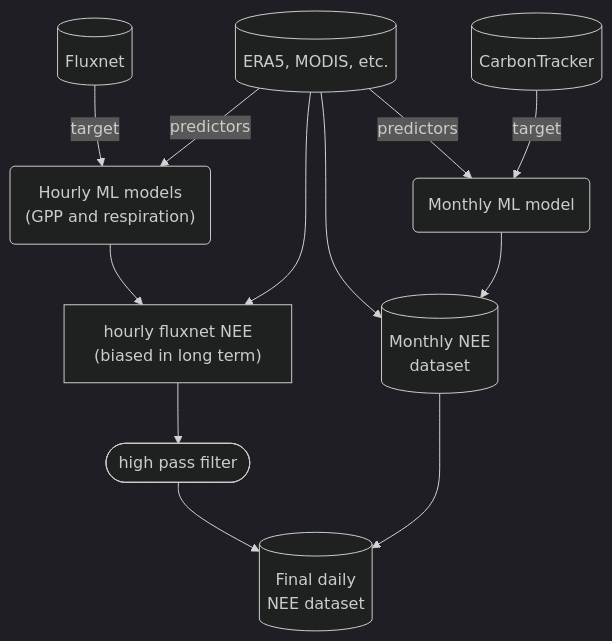
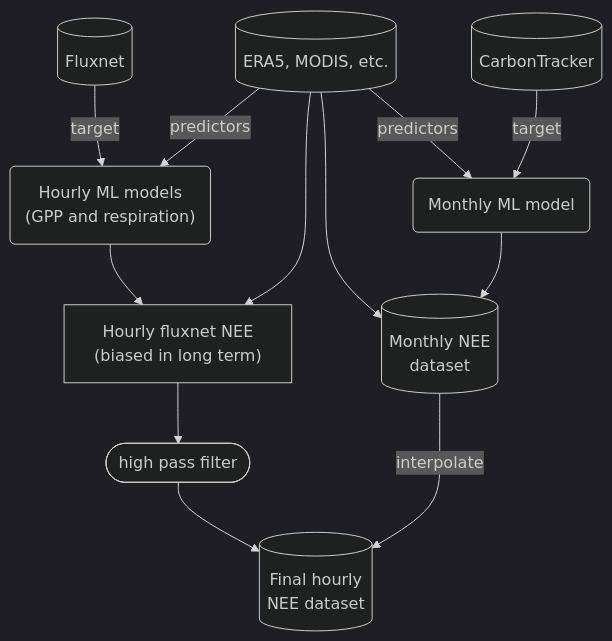
The diagram in docs/index.md (EXCITED-CO2/excited-workflow), drawn with Mermaid (dark theme) before and after one commit. The commit also changed 1 other file, not shown here.

Commit message:
Correct the flowchart, only include it on docs

````diff
--- a/docs/index.md
+++ b/docs/index.md
@@ -12,23 +12,23 @@
 ```mermaid
 graph TD;
     monthlymodel(Monthly ML model);
     input[(ERA5, MODIS, etc.)];
     fluxnet[(Fluxnet)];
     carbontracker[(CarbonTracker)];
-    dailydataset["hourly fluxnet NEE\n(biased in long term)"];
+    hourlydataset["Hourly fluxnet NEE\n(biased in long term)"];
     hourlymodel("Hourly ML models\n(GPP and respiration)");
     monthlydataset[(Monthly NEE\ndataset)];
-    finaldataset[(Final daily\nNEE dataset)];
+    finaldataset[(Final hourly\nNEE dataset)];
 
     fluxnet-->|target| hourlymodel;
     input-->|predictors| hourlymodel;
     input-->|predictors| monthlymodel;
     carbontracker-->|target| monthlymodel;
-    hourlymodel-->dailydataset;
+    hourlymodel-->hourlydataset;
     input-->monthlydataset;
     monthlymodel-->monthlydataset;
-    dailydataset-->hpf([high pass filter]);
+    hourlydataset-->hpf([high pass filter]);
     hpf-->finaldataset;
-    monthlydataset-->finaldataset;
-    input-->dailydataset;
+    monthlydataset-->|interpolate| finaldataset;
+    input-->hourlydataset;
 ```
````
